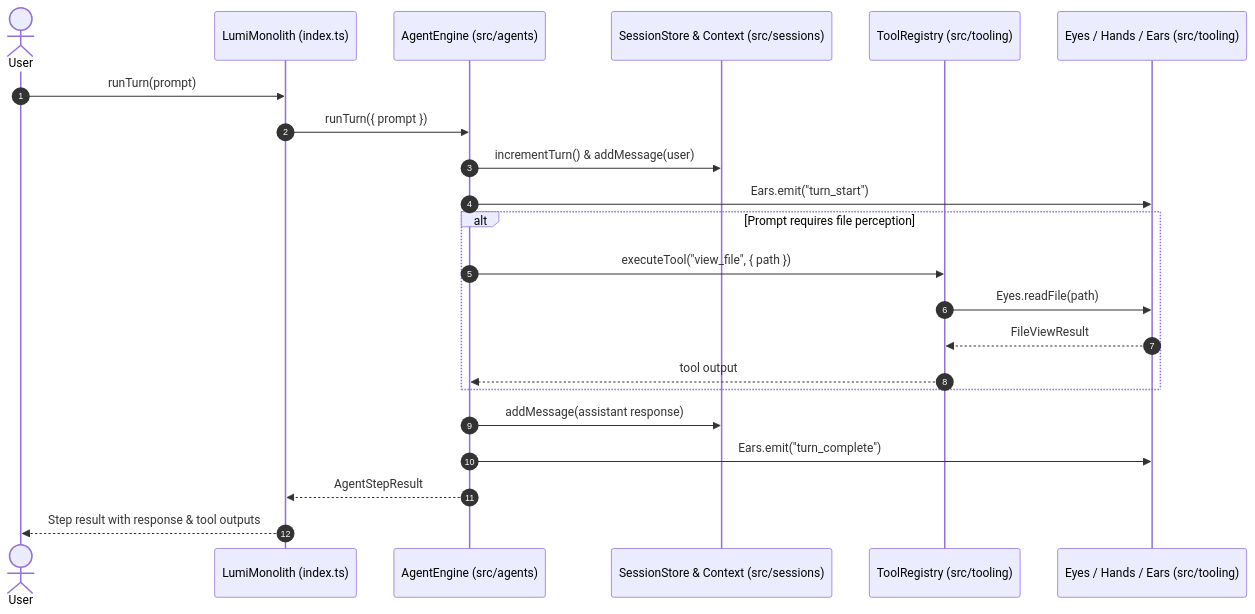
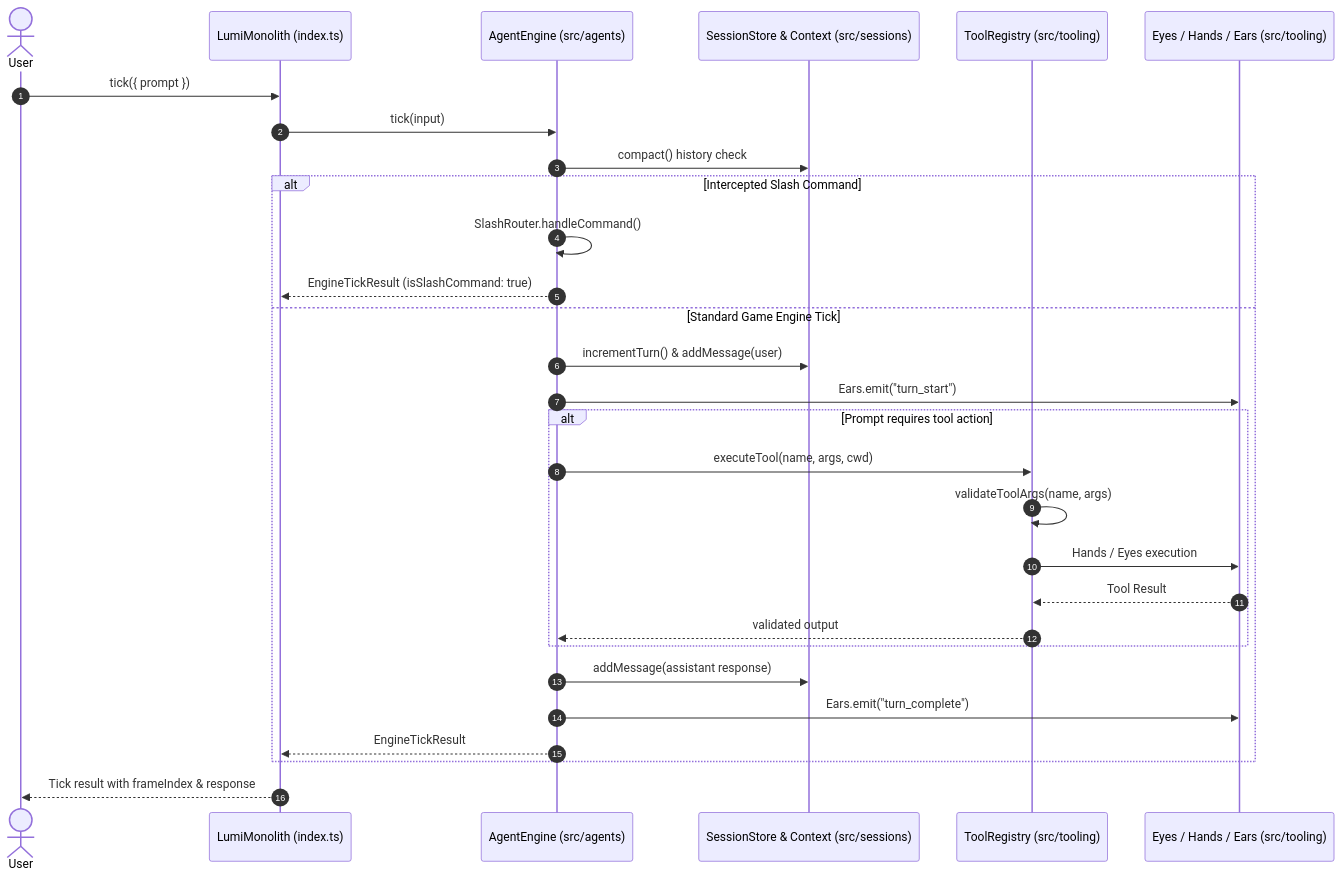
One commit to CardSorting/LUMI-JOY changed the diagram in .wiki/agent/patterns.md. Above: the diagram before and after it, drawn with Mermaid. The commit also changed other lines of this file and 5 other files, not shown here.

````diff
--- a/.wiki/agent/patterns.md
+++ b/.wiki/agent/patterns.md
@@ -7,27 +11,36 @@
 ```mermaid
 sequenceDiagram
     autonumber
     actor User
     participant Monolith as LumiMonolith (index.ts)
-    participant Agent as AgentEngine (src/agents)
+    participant Engine as AgentEngine (src/agents)
     participant Session as SessionStore & Context (src/sessions)
     participant Registry as ToolRegistry (src/tooling)
     participant Sensory as Eyes / Hands / Ears (src/tooling)
 
-    User->>Monolith: runTurn(prompt)
-    Monolith->>Agent: runTurn({ prompt })
-    Agent->>Session: incrementTurn() & addMessage(user)
-    Agent->>Sensory: Ears.emit("turn_start")
+    User->>Monolith: tick({ prompt })
+    Monolith->>Engine: tick(input)
+    Engine->>Session: compact() history check
     
-    alt Prompt requires file perception
-        Agent->>Registry: executeTool("view_file", { path })
-        Registry->>Sensory: Eyes.readFile(path)
-        Sensory-->>Registry: FileViewResult
-        Registry-->>Agent: tool output
+    alt Intercepted Slash Command
+        Engine->>Engine: SlashRouter.handleCommand()
+        Engine-->>Monolith: EngineTickResult (isSlashCommand: true)
+    else Standard Game Engine Tick
+        Engine->>Session: incrementTurn() & addMessage(user)
+        Engine->>Sensory: Ears.emit("turn_start")
+        
+        alt Prompt requires tool action
+            Engine->>Registry: executeTool(name, args, cwd)
+            Registry->>Registry: validateToolArgs(name, args)
+            Registry->>Sensory: Hands / Eyes execution
+            Sensory-->>Registry: Tool Result
+            Registry-->>Engine: validated output
+        end
+
+        Engine->>Session: addMessage(assistant response)
+        Engine->>Sensory: Ears.emit("turn_complete")
+        Engine-->>Monolith: EngineTickResult
     end
 
-    Agent->>Session: addMessage(assistant response)
-    Agent->>Sensory: Ears.emit("turn_complete")
-    Agent-->>Monolith: AgentStepResult
-    Monolith-->>User: Step result with response & tool outputs
+    Monolith-->>User: Tick result with frameIndex & response
 ```
````
